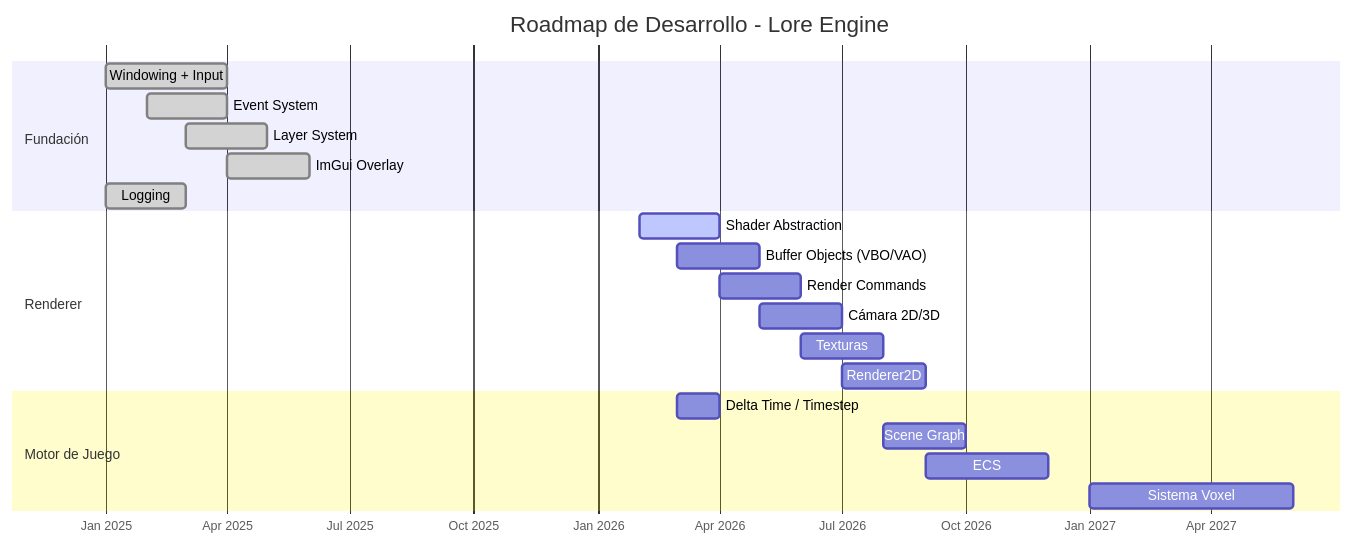
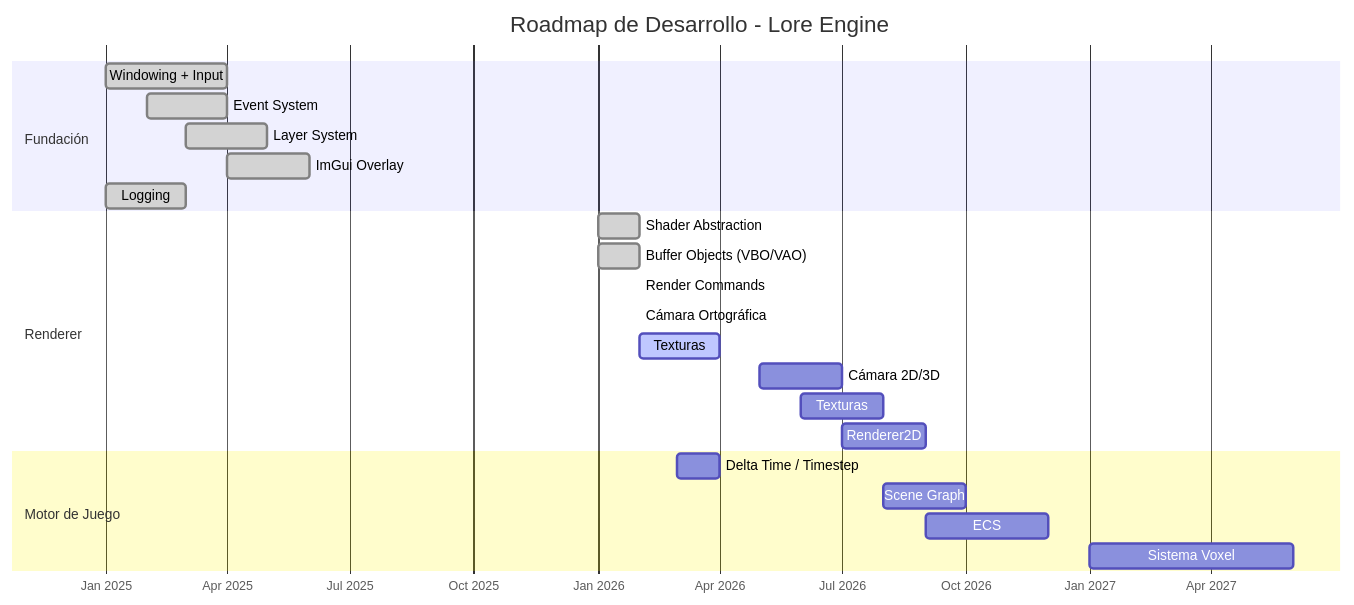
The sixth of 6 diagrams in README.md (Tanque40/Lore), drawn with Mermaid before and after one commit. The commit also changed other lines of this file and 1 other file, not shown here.

````diff
--- a/README.md
+++ b/README.md
@@ -484,27 +626,29 @@
 ```mermaid
 gantt
     title Roadmap de Desarrollo - Lore Engine
     dateFormat YYYY-MM
     axisFormat %b %Y
 
     section Fundación
     Windowing + Input         :done, 2025-01, 2025-04
     Event System              :done, 2025-02, 2025-04
     Layer System              :done, 2025-03, 2025-05
     ImGui Overlay             :done, 2025-04, 2025-06
     Logging                   :done, 2025-01, 2025-03
 
     section Renderer
-    Shader Abstraction        :active, 2026-02, 2026-04
-    Buffer Objects (VBO/VAO)  : 2026-03, 2026-05
-    Render Commands           : 2026-04, 2026-06
+    Shader Abstraction        :done, 2026-01, 2026-02
+    Buffer Objects (VBO/VAO)  :done, 2026-01, 2026-02
+    Render Commands           :done, 2026-02, 2026-02
+    Cámara Ortográfica        :done, 2026-02, 2026-02
+    Texturas                  :active, 2026-02, 2026-04
     Cámara 2D/3D              : 2026-05, 2026-07
     Texturas                  : 2026-06, 2026-08
     Renderer2D                : 2026-07, 2026-09
 
     section Motor de Juego
     Delta Time / Timestep     : 2026-03, 2026-04
     Scene Graph               : 2026-08, 2026-10
     ECS                       : 2026-09, 2026-12
     Sistema Voxel             : 2027-01, 2027-06
 ```
````
